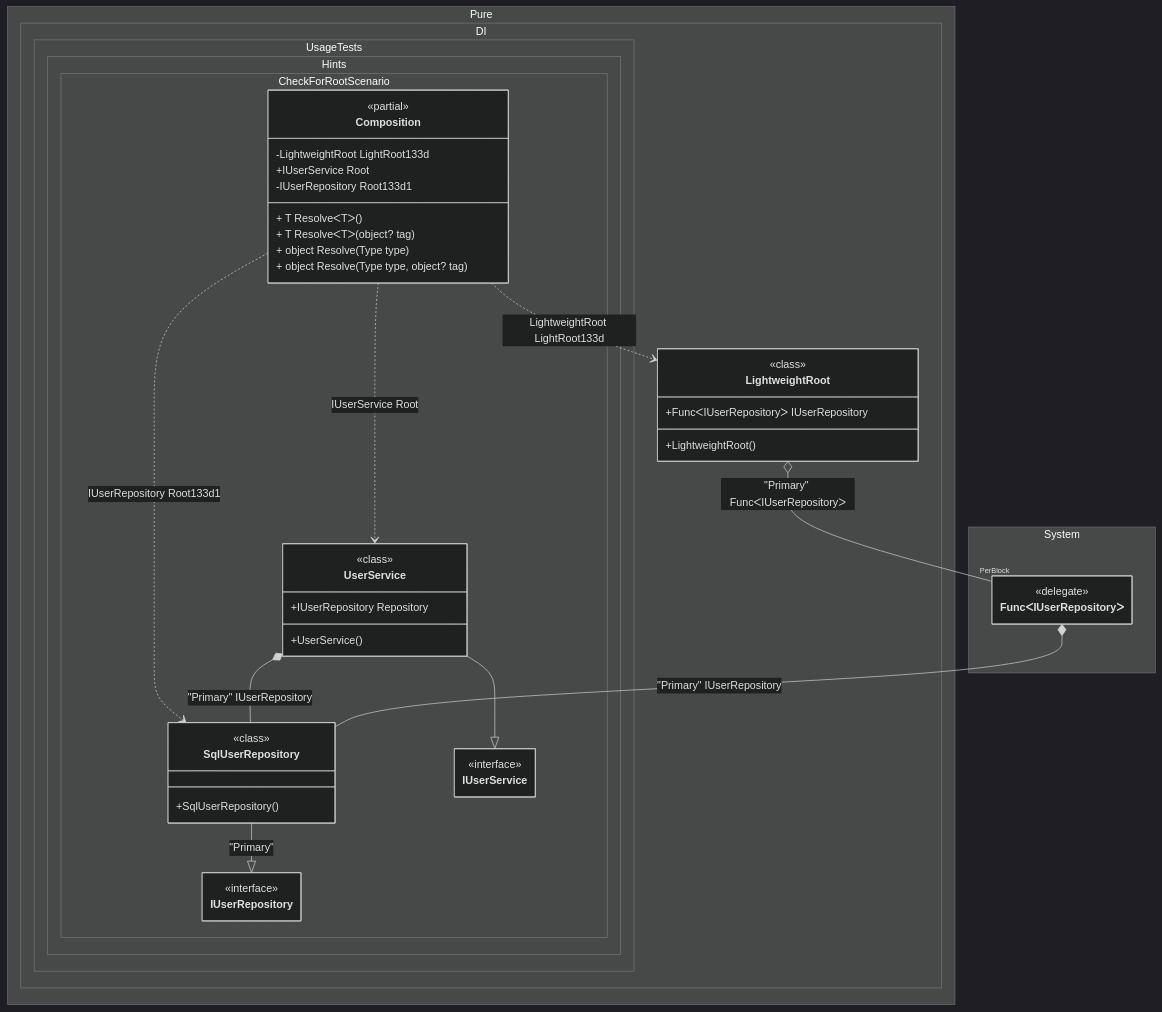
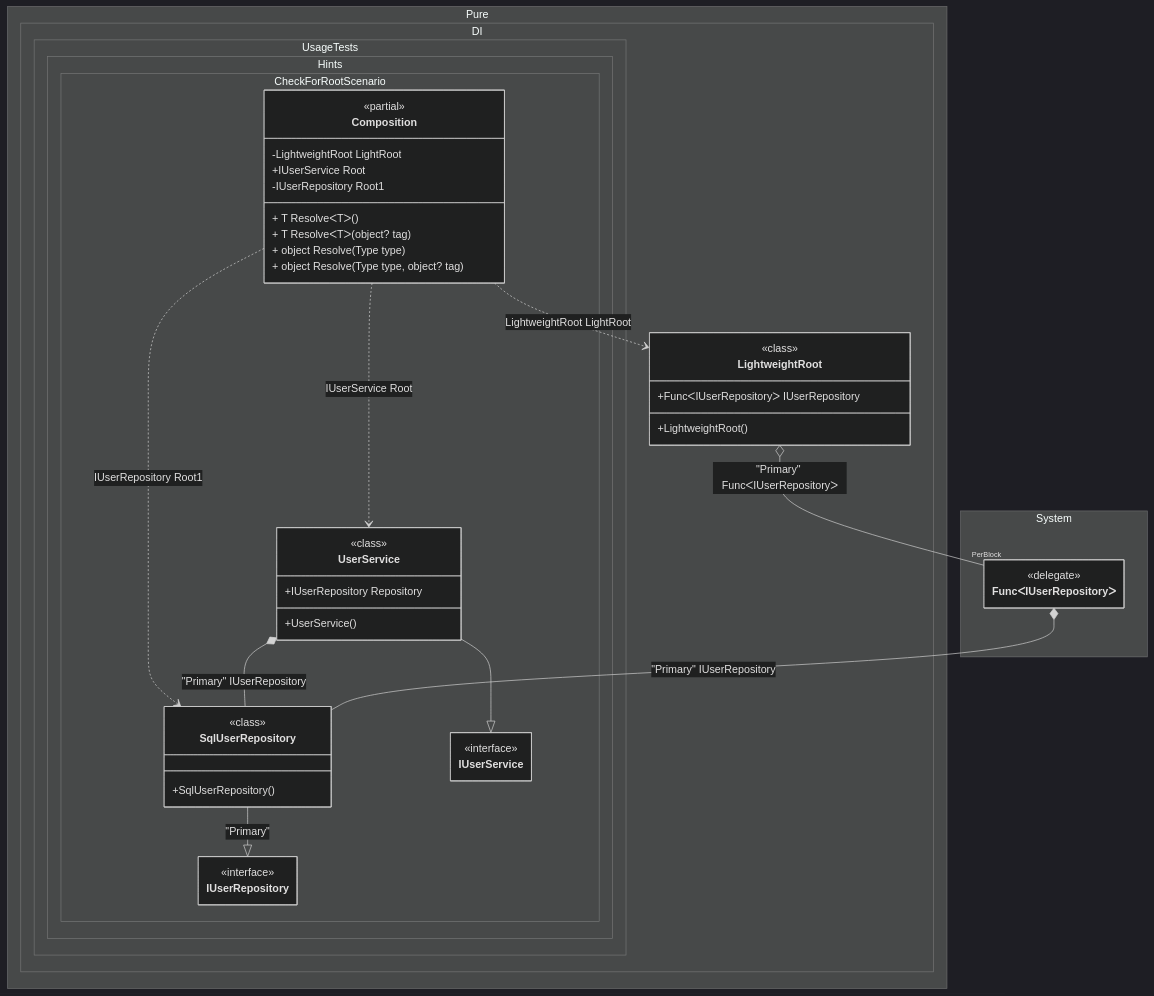
One commit to MaiKuraki/Pure.DI changed the diagram in readme/check-for-a-root.md. Above: the diagram before and after it, drawn with Mermaid (dark theme). The commit also changed 40 other files, not shown here.

````diff
--- a/readme/check-for-a-root.md
+++ b/readme/check-for-a-root.md
@@ -305,55 +305,55 @@
 ```mermaid
 ---
  config:
   class:
    hideEmptyMembersBox: true
 ---
 classDiagram
 	SqlUserRepository --|> IUserRepository : "Primary"
 	UserService --|> IUserService
-	Composition ..> LightweightRoot : LightweightRoot LightRoot133d
+	Composition ..> LightweightRoot : LightweightRoot LightRoot
 	Composition ..> UserService : IUserService Root
-	Composition ..> SqlUserRepository : IUserRepository Root133d1
+	Composition ..> SqlUserRepository : IUserRepository Root1
 	UserService *-- SqlUserRepository : "Primary" IUserRepository
 	LightweightRoot o-- "PerBlock" FuncᐸIUserRepositoryᐳ : "Primary" FuncᐸIUserRepositoryᐳ
 	FuncᐸIUserRepositoryᐳ *-- SqlUserRepository : "Primary" IUserRepository
 	namespace Pure.DI {
 		class LightweightRoot {
 				<<class>>
 			+LightweightRoot()
 			+FuncᐸIUserRepositoryᐳ IUserRepository
 		}
 	}
 	namespace Pure.DI.UsageTests.Hints.CheckForRootScenario {
 		class Composition {
 		<<partial>>
-		-LightweightRoot LightRoot133d
+		-LightweightRoot LightRoot
 		+IUserService Root
-		-IUserRepository Root133d1
+		-IUserRepository Root1
 		+ T ResolveᐸTᐳ()
 		+ T ResolveᐸTᐳ(object? tag)
 		+ object Resolve(Type type)
 		+ object Resolve(Type type, object? tag)
 		}
 		class IUserRepository {
 			<<interface>>
 		}
 		class IUserService {
 			<<interface>>
 		}
 		class SqlUserRepository {
 				<<class>>
 			+SqlUserRepository()
 		}
 		class UserService {
 				<<class>>
 			+UserService()
 			+IUserRepository Repository
 		}
 	}
 	namespace System {
 		class FuncᐸIUserRepositoryᐳ {
 				<<delegate>>
 		}
 	}
 ```
````
